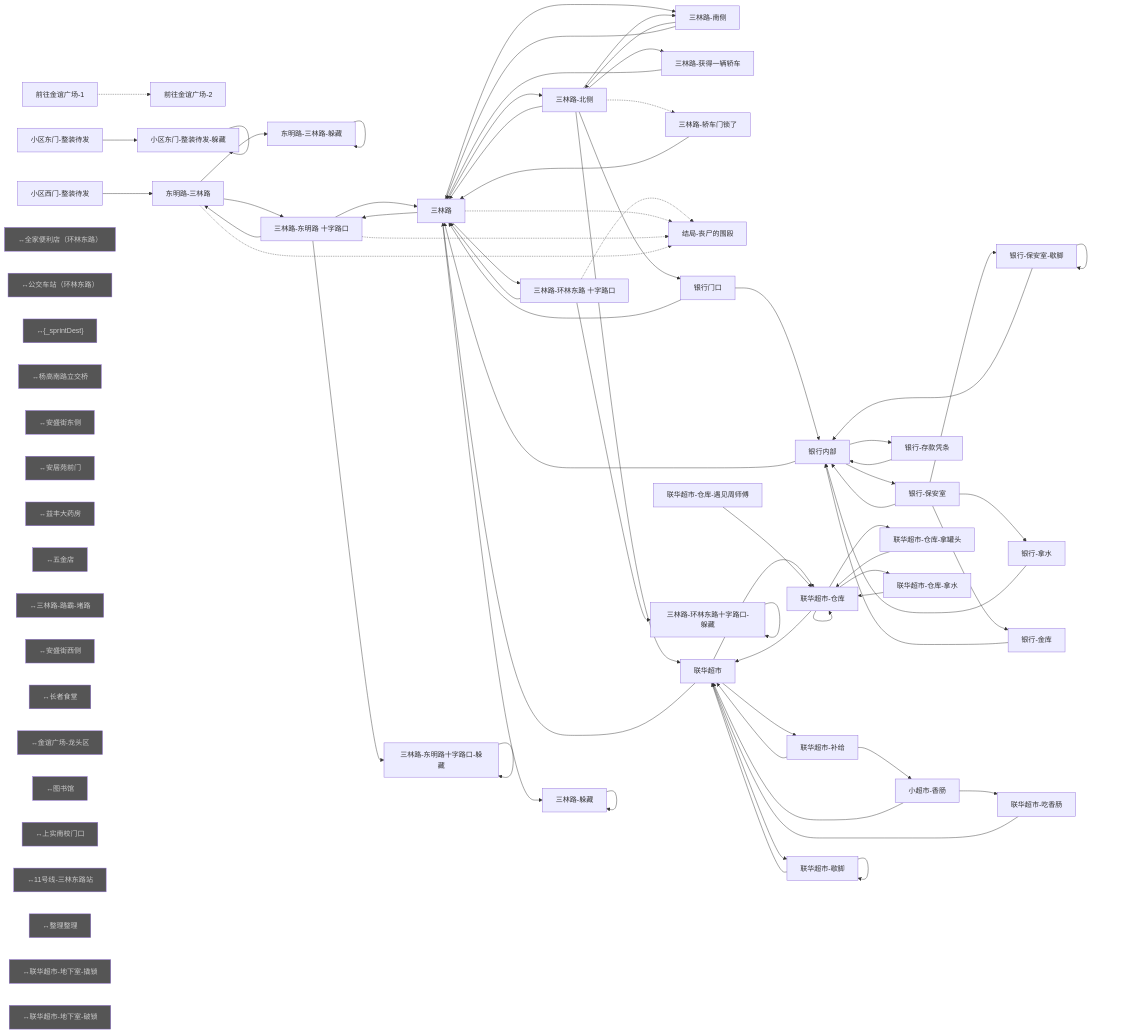
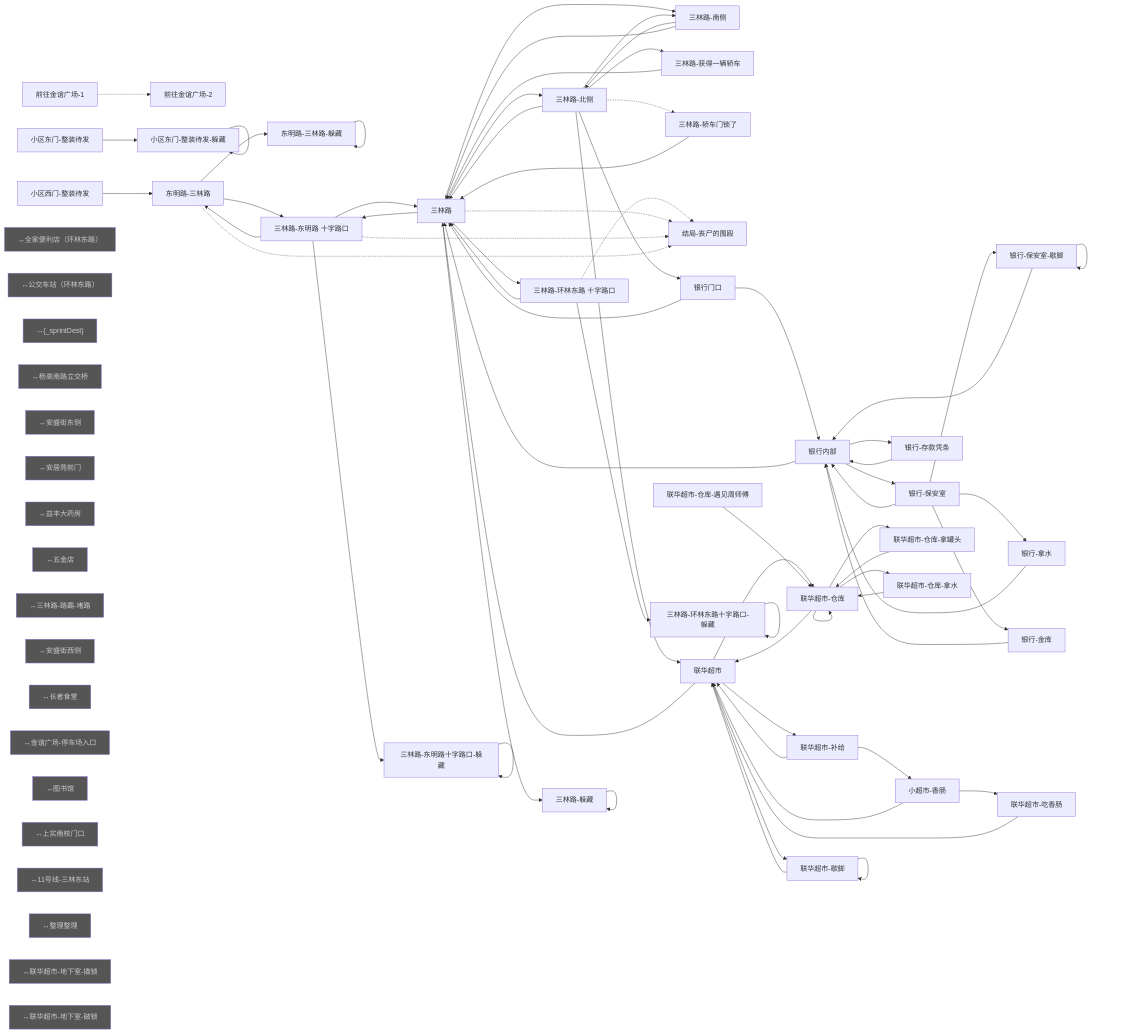
The fourth of 23 diagrams in tools/graph-report/总览.md (bobomymz/Plot-Game), drawn with Mermaid before and after one commit. The commit also changed other lines of this file and 32 other files, not shown here.

```diff
--- a/tools/graph-report/总览.md
+++ b/tools/graph-report/总览.md
@@ -741,10 +746,10 @@
   n42["↔三林路-路霸-堵路"]:::ext
   n43["↔安盛街西侧"]:::ext
   n44["↔长者食堂"]:::ext
-  n45["↔金谊广场-龙头区"]:::ext
+  n45["↔金谊广场-停车场入口"]:::ext
   n46["↔图书馆"]:::ext
   n47["↔上实南校门口"]:::ext
-  n48["↔11号线-三林东路站"]:::ext
+  n48["↔11号线-三林东站"]:::ext
   n49["↔整理整理"]:::ext
   n50["↔联华超市-地下室-撬锁"]:::ext
   n51["↔联华超市-地下室-破锁"]:::ext
```
